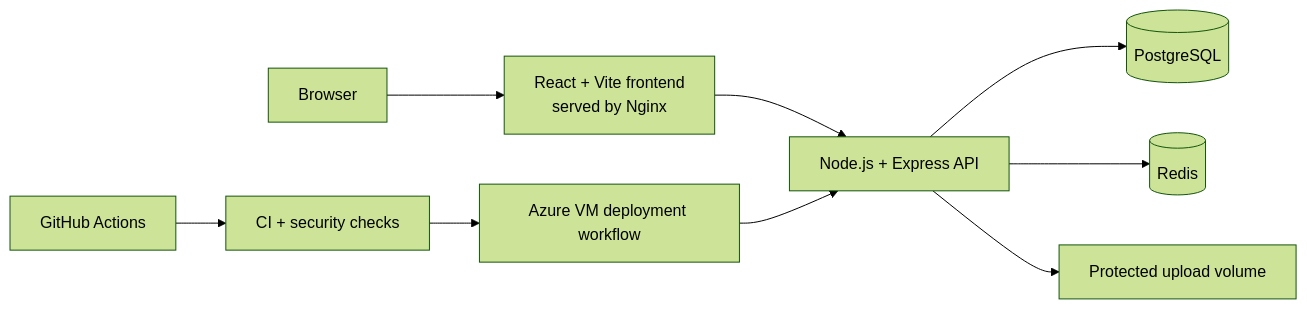
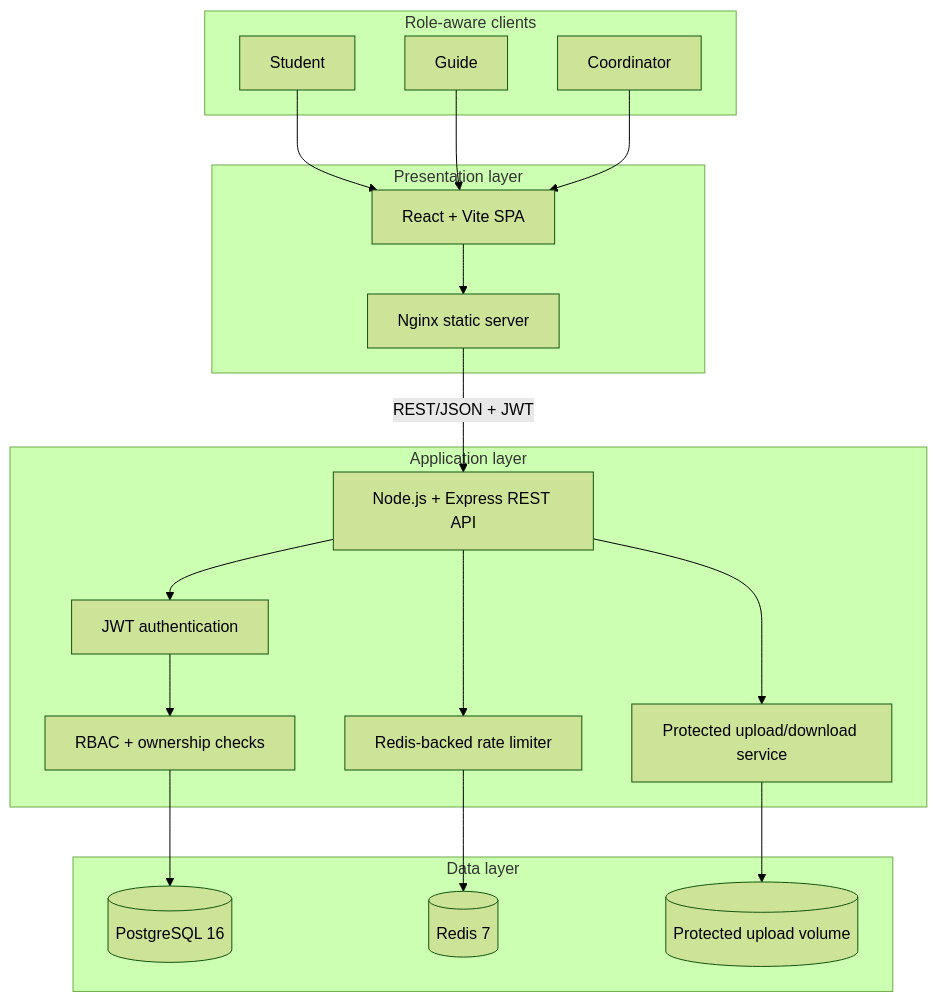
Before and after one commit to pokemon-uc/ProjectTrack: the first of 3 diagrams in README.md, drawn with Mermaid (forest theme). The commit also changed other lines of this file, not shown here.

````diff
--- a/README.md
+++ b/README.md
@@ -83,12 +108,40 @@
 ```mermaid
-flowchart LR
-    U["Browser"] --> F["React + Vite frontend<br/>served by Nginx"]
-    F --> A["Node.js + Express API"]
-    A --> P[("PostgreSQL")]
-    A --> R[("Redis")]
-    A --> V["Protected upload volume"]
+flowchart TB
+    subgraph Clients["Role-aware clients"]
+        S["Student"]
+        G["Guide"]
+        C["Coordinator"]
+    end
 
-    G["GitHub Actions"] --> C["CI + security checks"]
-    C --> D["Azure VM deployment workflow"]
-    D --> A
+    subgraph Frontend["Presentation layer"]
+        UI["React + Vite SPA"]
+        NG["Nginx static server"]
+    end
+
+    subgraph Backend["Application layer"]
+        API["Node.js + Express REST API"]
+        AUTH["JWT authentication"]
+        RBAC["RBAC + ownership checks"]
+        UPLOAD["Protected upload/download service"]
+        RATE["Redis-backed rate limiter"]
+    end
+
+    subgraph Data["Data layer"]
+        PG[("PostgreSQL 16")]
+        REDIS[("Redis 7")]
+        FILES[("Protected upload volume")]
+    end
+
+    S --> UI
+    G --> UI
+    C --> UI
+    UI --> NG
+    NG -->|"REST/JSON + JWT"| API
+    API --> AUTH
+    AUTH --> RBAC
+    API --> UPLOAD
+    API --> RATE
+    RBAC --> PG
+    RATE --> REDIS
+    UPLOAD --> FILES
 ```
````
